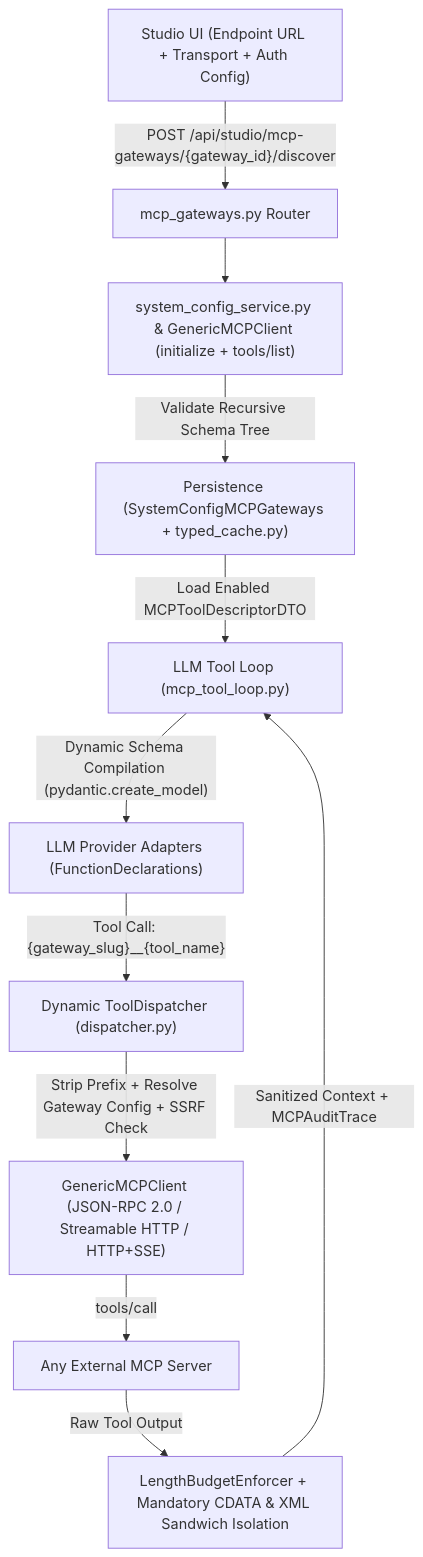
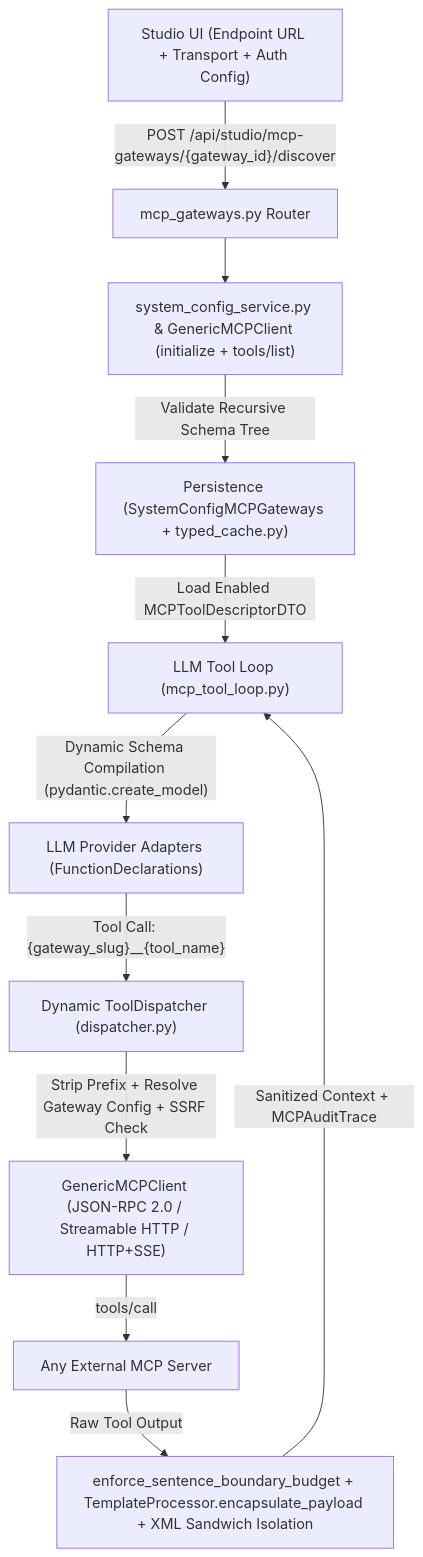
The diagram in docs/epic/EPIC_159_DYNAMIC_MCP_ARCHITECTURE.md (launis/quorum), drawn with Mermaid before and after one commit. The commit also changed other lines of this file and 6 other files, not shown here.

````diff
--- a/docs/epic/EPIC_159_DYNAMIC_MCP_ARCHITECTURE.md
+++ b/docs/epic/EPIC_159_DYNAMIC_MCP_ARCHITECTURE.md
@@ -45,13 +48,13 @@
 ```mermaid
 flowchart TD
     UI["Studio UI (Endpoint URL + Transport + Auth Config)"] -->|"POST /api/studio/mcp-gateways/{gateway_id}/discover"| Router["mcp_gateways.py Router"]
     Router --> Discovery["system_config_service.py & GenericMCPClient (initialize + tools/list)"]
     Discovery -->|"Validate Recursive Schema Tree"| DB["Persistence (SystemConfigMCPGateways + typed_cache.py)"]
     DB -->|"Load Enabled MCPToolDescriptorDTO"| Loop["LLM Tool Loop (mcp_tool_loop.py)"]
     Loop -->|"Dynamic Schema Compilation (pydantic.create_model)"| Adapter["LLM Provider Adapters (FunctionDeclarations)"]
     Adapter -->|"Tool Call: {gateway_slug}__{tool_name}"| Dispatcher["Dynamic ToolDispatcher (dispatcher.py)"]
     Dispatcher -->|"Strip Prefix + Resolve Gateway Config + SSRF Check"| Client["GenericMCPClient (JSON-RPC 2.0 / Streamable HTTP / HTTP+SSE)"]
     Client -->|"tools/call"| External["Any External MCP Server"]
-    External -->|"Raw Tool Output"| Guardrails["LengthBudgetEnforcer + Mandatory CDATA & XML Sandwich Isolation"]
+    External -->|"Raw Tool Output"| Guardrails["enforce_sentence_boundary_budget + TemplateProcessor.encapsulate_payload + XML Sandwich Isolation"]
     Guardrails -->|"Sanitized Context + MCPAuditTrace"| Loop
 ```
````
